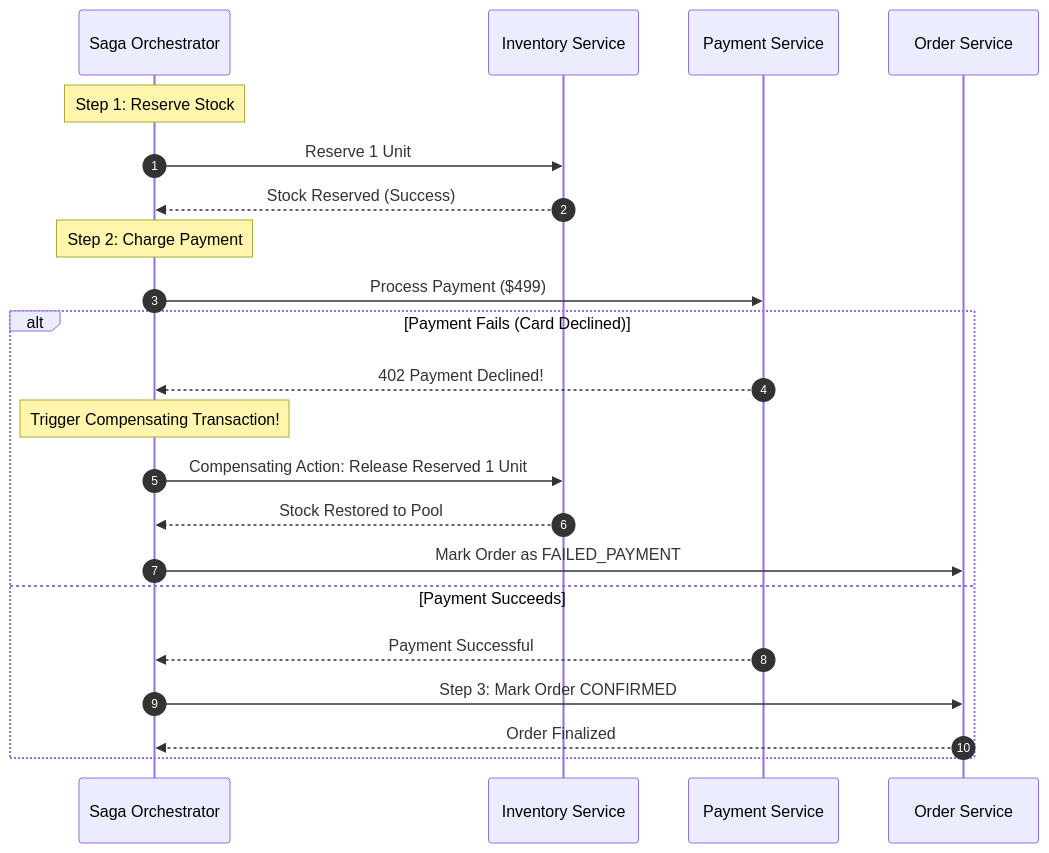
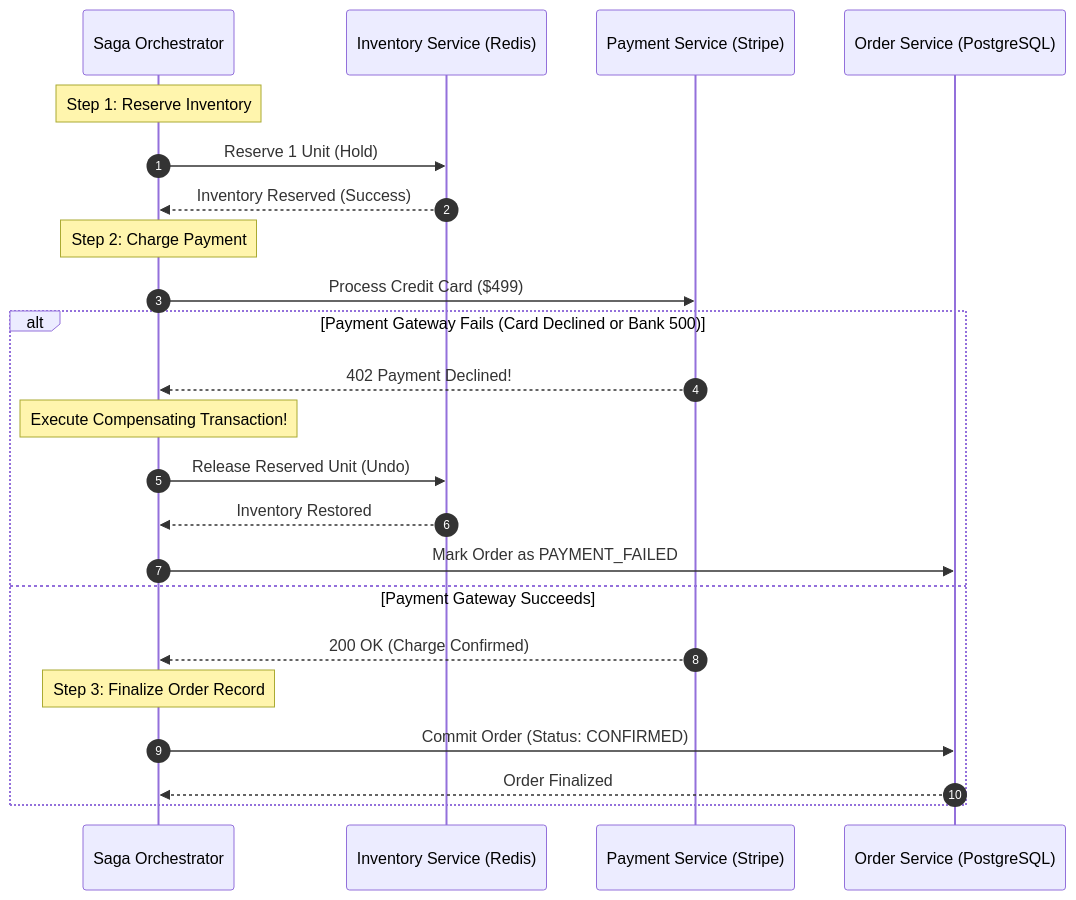
The fourth of 5 diagrams in 05-real-world-case-studies/05-distributed-ecommerce-checkout.md (kvai9826/system-design-for-program-managers), drawn with Mermaid before and after one commit. The commit also changed other lines of this file and 30 other files, not shown here.

````diff
--- a/05-real-world-case-studies/05-distributed-ecommerce-checkout.md
+++ b/05-real-world-case-studies/05-distributed-ecommerce-checkout.md
@@ -114,26 +224,27 @@
 ```mermaid
 sequenceDiagram
     autonumber
     participant Orch as Saga Orchestrator
-    participant Inv as Inventory Service
-    participant Pay as Payment Service
-    participant Order as Order Service
+    participant Inv as Inventory Service (Redis)
+    participant Pay as Payment Service (Stripe)
+    participant Order as Order Service (PostgreSQL)
 
-    Note over Orch: Step 1: Reserve Stock
-    Orch->>Inv: Reserve 1 Unit
-    Inv-->>Orch: Stock Reserved (Success)
+    Note over Orch: Step 1: Reserve Inventory
+    Orch->>Inv: Reserve 1 Unit (Hold)
+    Inv-->>Orch: Inventory Reserved (Success)
 
     Note over Orch: Step 2: Charge Payment
-    Orch->>Pay: Process Payment ($499)
-    alt Payment Fails (Card Declined)
+    Orch->>Pay: Process Credit Card ($499)
+    alt Payment Gateway Fails (Card Declined or Bank 500)
         Pay-->>Orch: 402 Payment Declined!
-        Note over Orch: Trigger Compensating Transaction!
-        Orch->>Inv: Compensating Action: Release Reserved 1 Unit
-        Inv-->>Orch: Stock Restored to Pool
-        Orch->>Order: Mark Order as FAILED_PAYMENT
-    else Payment Succeeds
-        Pay-->>Orch: Payment Successful
-        Orch->>Order: Step 3: Mark Order CONFIRMED
+        Note over Orch: Execute Compensating Transaction!
+        Orch->>Inv: Release Reserved Unit (Undo)
+        Inv-->>Orch: Inventory Restored
+        Orch->>Order: Mark Order as PAYMENT_FAILED
+    else Payment Gateway Succeeds
+        Pay-->>Orch: 200 OK (Charge Confirmed)
+        Note over Orch: Step 3: Finalize Order Record
+        Orch->>Order: Commit Order (Status: CONFIRMED)
         Order-->>Orch: Order Finalized
     end
 ```
````
